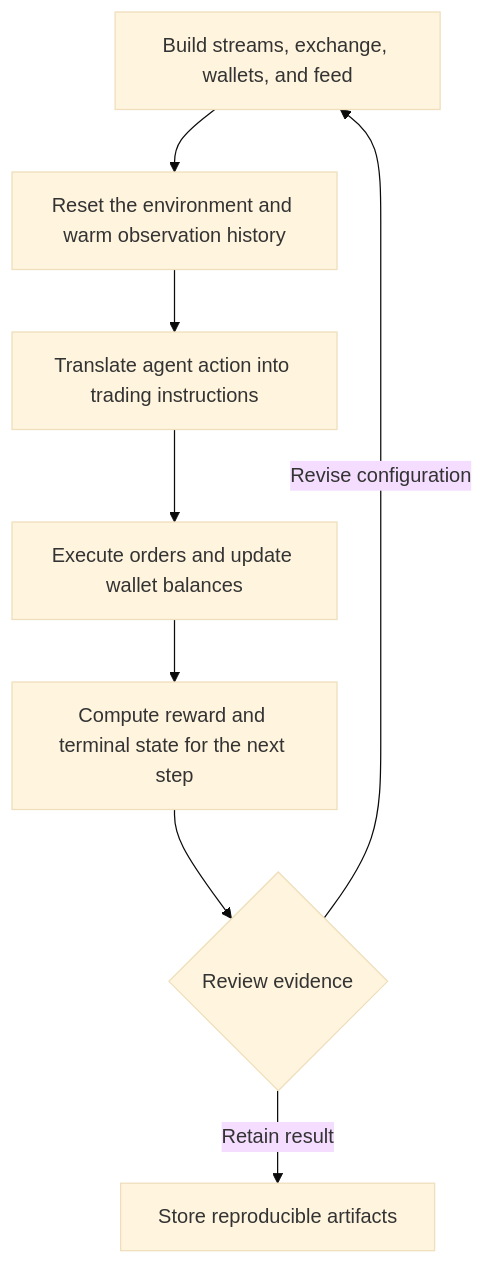
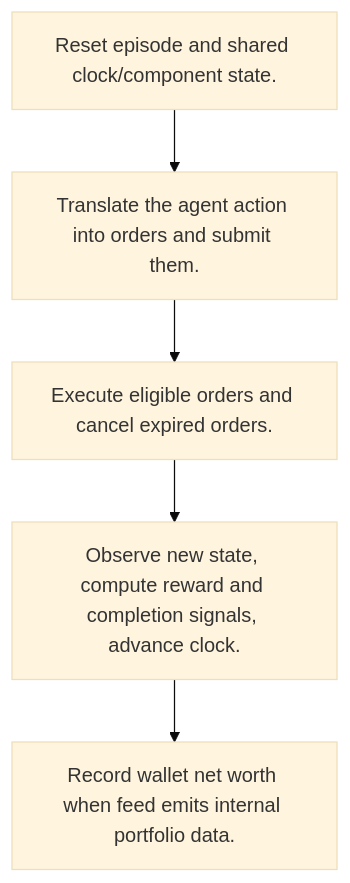
Before and after one commit to alexcwyu/tensortrade: the third of 4 diagrams in docs/ayu-develop.md, drawn with Mermaid (base theme). The commit also changed other lines of this file and 10 other files, not shown here.

Commit message:
docs: standardize source-reviewed system guides and offline diagrams

````diff
--- a/docs/ayu-develop.md
+++ b/docs/ayu-develop.md
@@ -76,12 +125,12 @@
 ```mermaid
 flowchart TD
-    W0["Build streams, exchange, wallets, and feed"]
-    W1["Reset the environment and warm observation history"]
-    W2["Translate agent action into trading instructions"]
-    W3["Execute orders and update wallet balances"]
-    W4["Compute reward and terminal state for the next step"]
-    W0 --> W1 --> W2 --> W3 --> W4
-    W4 --> R{"Review evidence"}
-    R -->|Revise configuration| W0
-    R -->|Retain result| A["Store reproducible artifacts"]
+  W0["Reset episode and shared clock/component state."]
+  W1["Translate the agent action into orders and submit them."]
+  W0 --> W1
+  W2["Execute eligible orders and cancel expired orders."]
+  W1 --> W2
+  W3["Observe new state, compute reward and completion signals, advance clock."]
+  W2 --> W3
+  W4["Record wallet net worth when feed emits internal portfolio data."]
+  W3 --> W4
 ```
````
